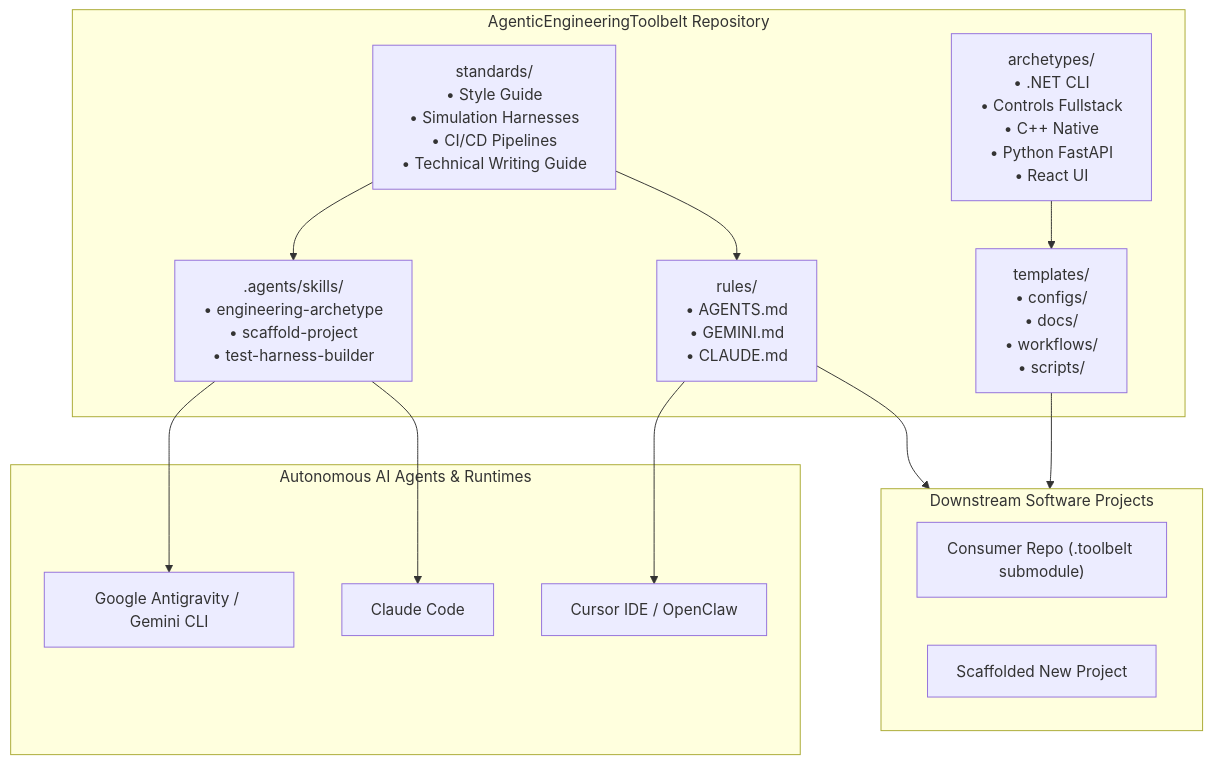
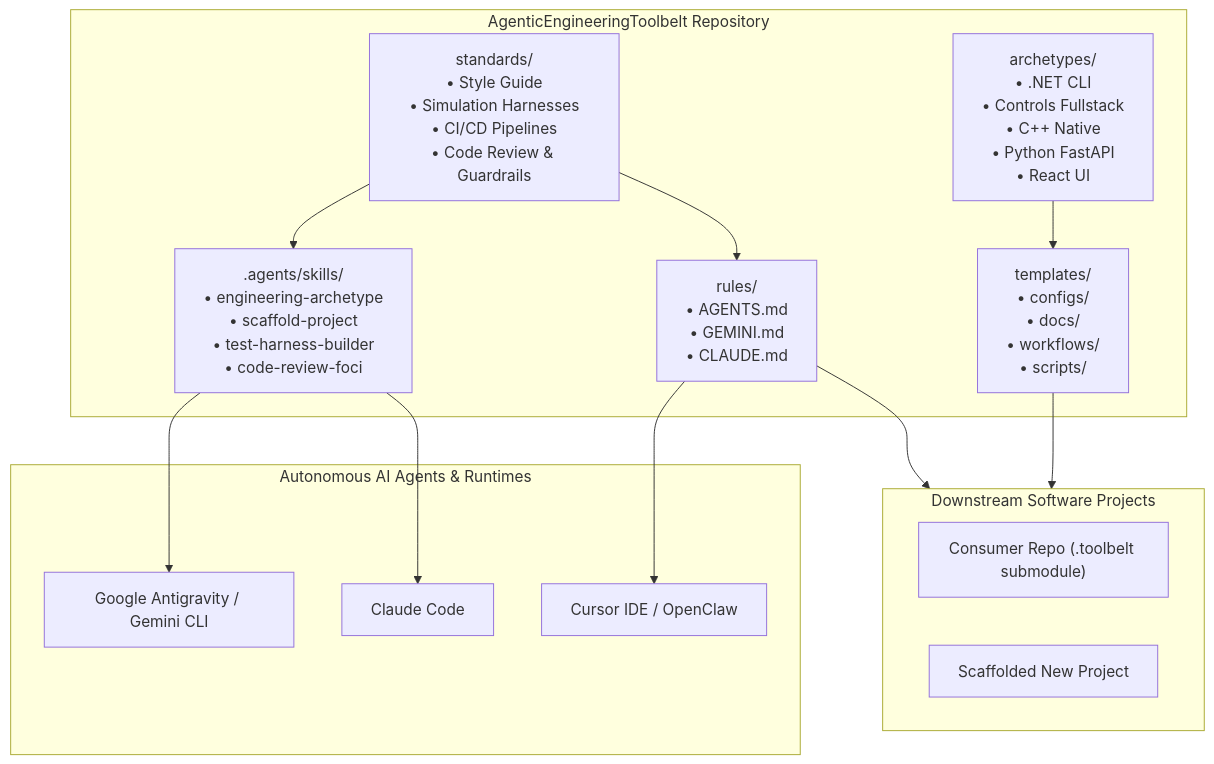
The diagram in docs/index.md (spelech/AgenticEngineeringToolbelt), drawn with Mermaid before and after one commit. The commit also changed other lines of this file and 22 other files, not shown here.

Commit message:
feat(standards,skills): add 6-focus code review standard, requirements taxonomy, and repo guardrails

````diff
--- a/docs/index.md
+++ b/docs/index.md
@@ -37,27 +37,27 @@
 ```mermaid
 flowchart TD
     subgraph Toolbelt["AgenticEngineeringToolbelt Repository"]
-        Standards["standards/<br>• Style Guide<br>• Simulation Harnesses<br>• CI/CD Pipelines<br>• Technical Writing Guide"]
+        Standards["standards/<br>• Style Guide<br>• Simulation Harnesses<br>• CI/CD Pipelines<br>• Code Review & Guardrails"]
         Archetypes["archetypes/<br>• .NET CLI<br>• Controls Fullstack<br>• C++ Native<br>• Python FastAPI<br>• React UI"]
-        Skills[".agents/skills/<br>• engineering-archetype<br>• scaffold-project<br>• test-harness-builder"]
+        Skills[".agents/skills/<br>• engineering-archetype<br>• scaffold-project<br>• test-harness-builder<br>• code-review-foci"]
         Rules["rules/<br>• AGENTS.md<br>• GEMINI.md<br>• CLAUDE.md"]
         Templates["templates/<br>• configs/<br>• docs/<br>• workflows/<br>• scripts/"]
     end
 
     subgraph Agents["Autonomous AI Agents & Runtimes"]
         Antigravity["Google Antigravity / Gemini CLI"]
         Claude["Claude Code"]
         Cursor["Cursor IDE / OpenClaw"]
     end
 
     subgraph Projects["Downstream Software Projects"]
         ProjectA["Consumer Repo (.toolbelt submodule)"]
         ProjectB["Scaffolded New Project"]
     end
 
     Standards --> Skills & Rules
     Archetypes --> Templates
     Skills --> Antigravity & Claude
     Rules --> Projects & Cursor
     Templates --> Projects
 ```
````
